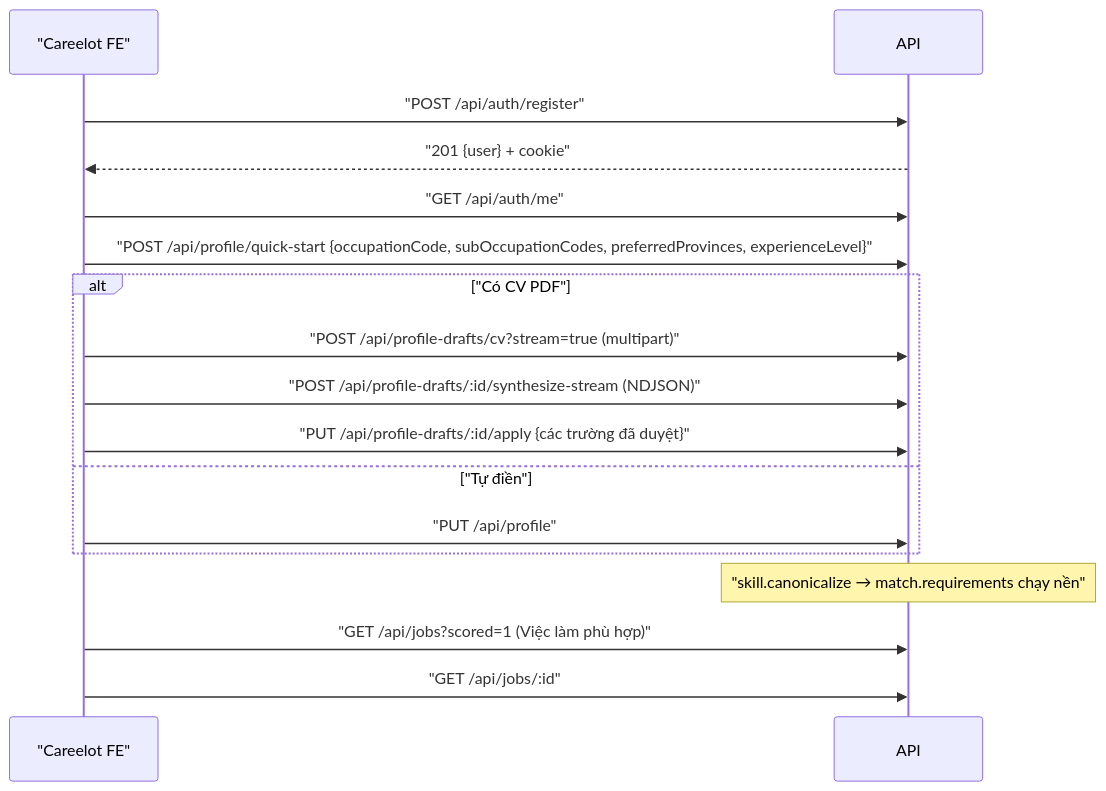
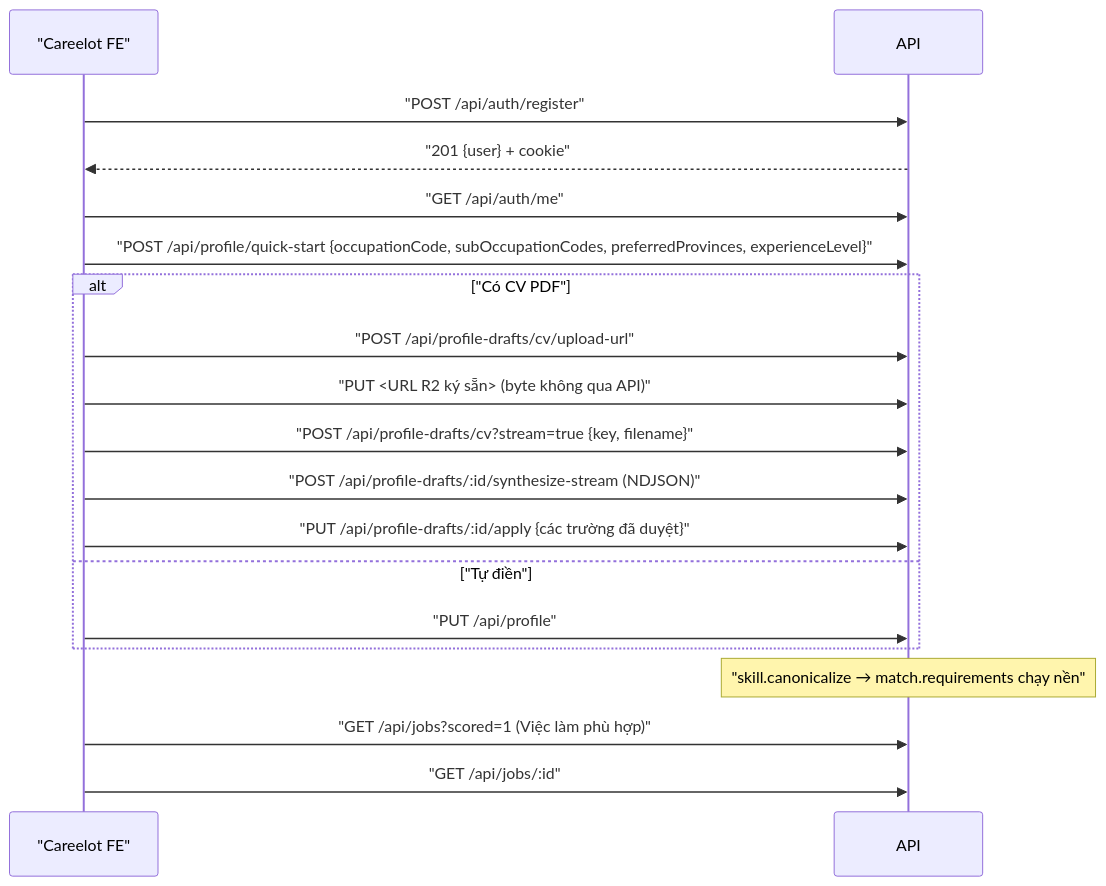
Before and after one commit to BuiThienHoang221204/ai-job-search: the diagram in docs/business-flows/06-api-overview.md, drawn with Mermaid. The commit also changed other lines of this file and 18 other files, not shown here.

First line of the commit message:
feat(profile-sources): upload CVs straight to R2 with presigned URLs

````diff
--- a/docs/business-flows/06-api-overview.md
+++ b/docs/business-flows/06-api-overview.md
@@ -190,19 +191,21 @@
 ```mermaid
 sequenceDiagram
   participant FE as "Careelot FE"
   participant API
   FE->>API: "POST /api/auth/register"
   API-->>FE: "201 {user} + cookie"
   FE->>API: "GET /api/auth/me"
   FE->>API: "POST /api/profile/quick-start {occupationCode, subOccupationCodes, preferredProvinces, experienceLevel}"
   alt "Có CV PDF"
-    FE->>API: "POST /api/profile-drafts/cv?stream=true (multipart)"
+    FE->>API: "POST /api/profile-drafts/cv/upload-url"
+    FE->>API: "PUT <URL R2 ký sẵn> (byte không qua API)"
+    FE->>API: "POST /api/profile-drafts/cv?stream=true {key, filename}"
     FE->>API: "POST /api/profile-drafts/:id/synthesize-stream (NDJSON)"
     FE->>API: "PUT /api/profile-drafts/:id/apply {các trường đã duyệt}"
   else "Tự điền"
     FE->>API: "PUT /api/profile"
   end
   Note over API: "skill.canonicalize → match.requirements chạy nền"
   FE->>API: "GET /api/jobs?scored=1  (Việc làm phù hợp)"
   FE->>API: "GET /api/jobs/:id"
 ```
````
